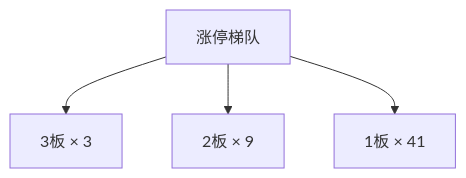
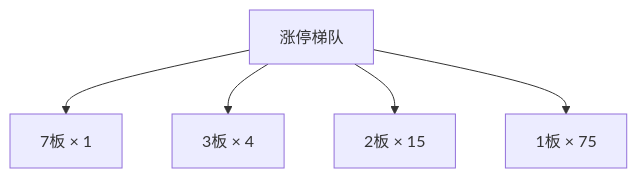
The second of 3 diagrams in content/投研交易/盘中分析/20261110.md (chenyang1999/chzl-kg), drawn with Mermaid before and after one commit. The commit also changed other lines of this file, not shown here.

````diff
--- a/content/投研交易/盘中分析/20261110.md
+++ b/content/投研交易/盘中分析/20261110.md
@@ -53,10 +54,12 @@
 ```mermaid
 flowchart TD
-    B_0["3板 × 3"]
-    B_1["2板 × 9"]
-    B_2["1板 × 41"]
+    B_0["7板 × 1"]
+    B_1["3板 × 4"]
+    B_2["2板 × 15"]
+    B_3["1板 × 75"]
     ROOT["涨停梯队"]
     ROOT --> B_0
     ROOT --> B_1
     ROOT --> B_2
+    ROOT --> B_3
 ```
````
